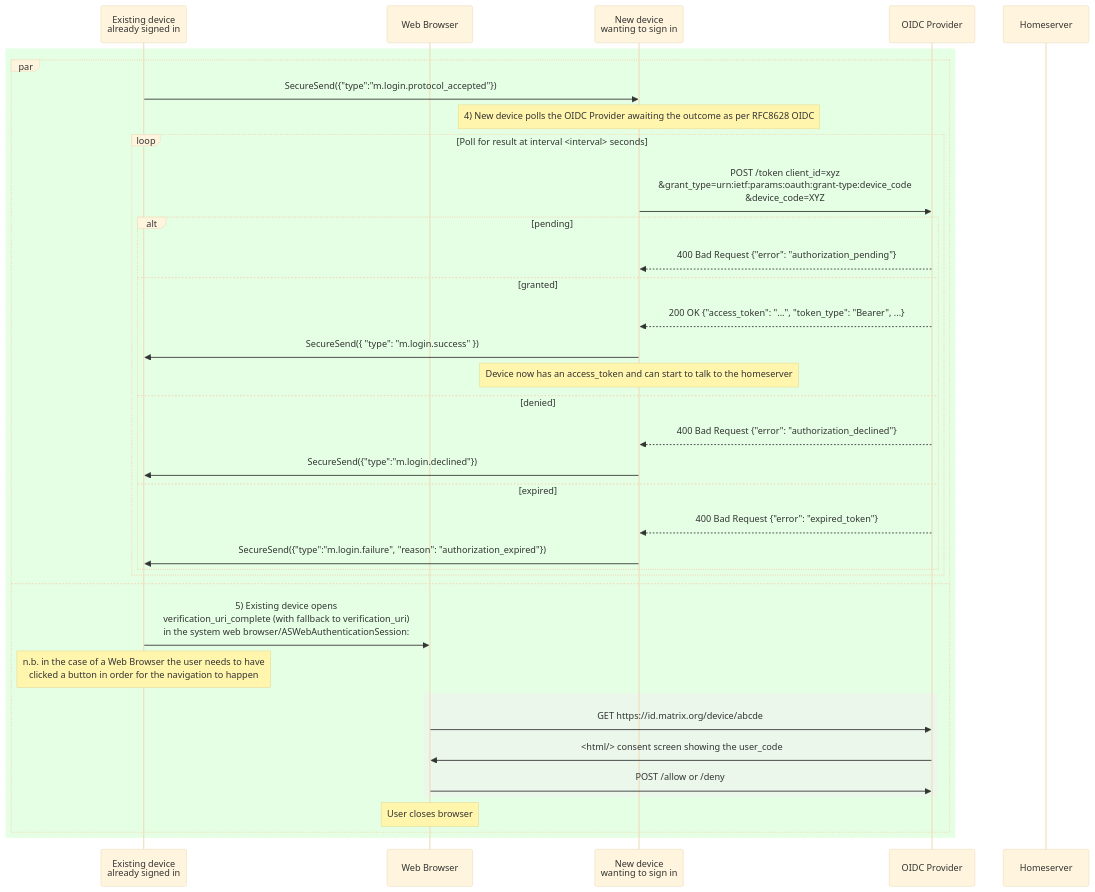
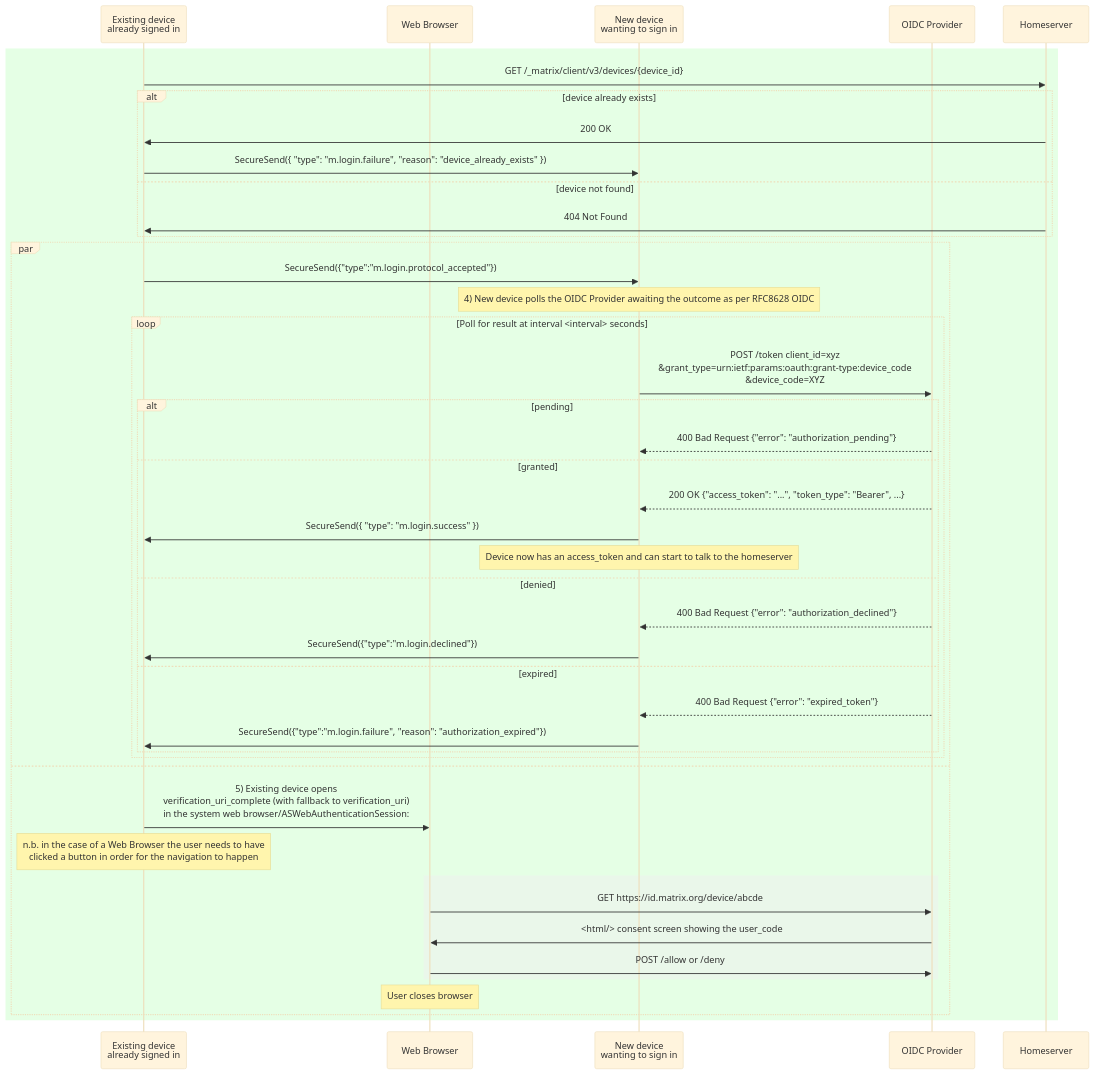
Before and after one commit to matrix-org/matrix-spec-proposals: the fifth of 6 diagrams in proposals/4108-oidc-qr-login.md, drawn with Mermaid (base theme).

Commit message:
Add missing device id check step to sequence diagram

````diff
--- a/proposals/4108-oidc-qr-login.md
+++ b/proposals/4108-oidc-qr-login.md
@@ -1011,41 +1011,48 @@
 ```mermaid
 sequenceDiagram
     participant E as Existing device <br>already signed in
     participant UA as Web Browser
     participant N as New device <br>wanting to sign in
     participant OP as OIDC Provider
     participant HS as Homeserver
 
     rect rgba(0,255,0, 0.1)
 
+        E->>HS: GET /_matrix/client/v3/devices/{device_id}
+        alt device already exists
+            HS->>E: 200 OK
+            E->>N: SecureSend({ "type": "m.login.failure", "reason": "device_already_exists" })
+        else device not found
+            HS->>E: 404 Not Found
+        end
         par
             E->>N: SecureSend({"type":"m.login.protocol_accepted"})
         note over N: 4) New device polls the OIDC Provider awaiting the outcome as per RFC8628 OIDC
             loop Poll for result at interval <interval> seconds
                 N->>OP: POST /token client_id=xyz<br>&grant_type=urn:ietf:params:oauth:grant-type:device_code<br>&device_code=XYZ
                 alt pending
                     OP-->>N: 400 Bad Request {"error": "authorization_pending"}
                 else granted
                     OP-->>N: 200 OK {"access_token": "...", "token_type": "Bearer", ...}
                     N->>E: SecureSend({ "type": "m.login.success" })
                     Note over N: Device now has an access_token and can start to talk to the homeserver
                 else denied
                     OP-->>N: 400 Bad Request {"error": "authorization_declined"}
                     N->>E: SecureSend({"type":"m.login.declined"})
                 else expired
                     OP-->>N: 400 Bad Request {"error": "expired_token"}
                     N->>E: SecureSend({"type":"m.login.failure", "reason": "authorization_expired"})
                 end
             end
         and
             E->>UA: 5) Existing device opens <br>verification_uri_complete (with fallback to verification_uri)<br> in the system web browser/ASWebAuthenticationSession:
             Note over E: n.b. in the case of a Web Browser the user needs to have<br> clicked a button in order for the navigation to happen
             rect rgba(240,240,240,0.5)
                 UA->>OP: GET https://id.matrix.org/device/abcde
                 OP->>UA: <html/> consent screen showing the user_code
                 UA->>OP: POST /allow or /deny
             end
             Note over UA: User closes browser
         end
     end
 ```
````
